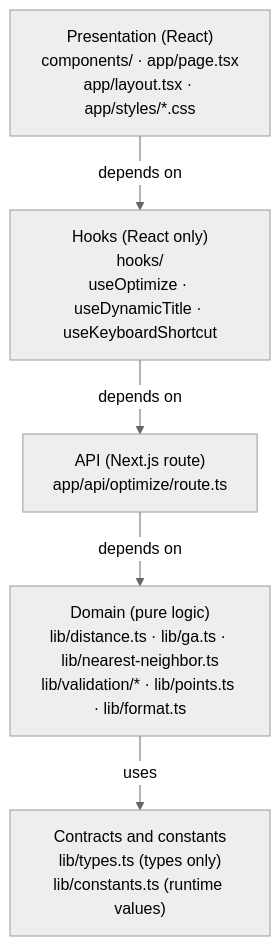
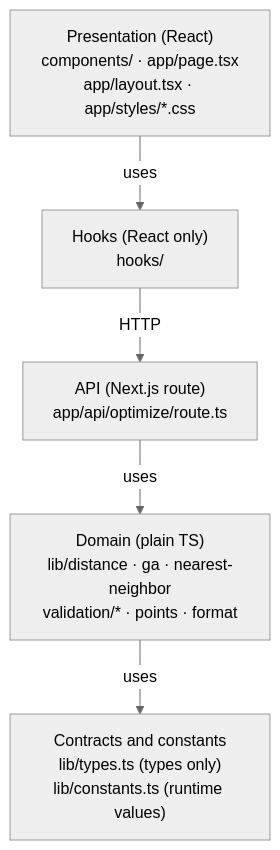
The second of 2 diagrams in ARCHITECTURE.md (alan-shabrandi/vrp-demo), drawn with Mermaid (neutral theme) before and after one commit. The commit also changed other lines of this file and 6 other files, not shown here.

````diff
--- a/ARCHITECTURE.md
+++ b/ARCHITECTURE.md
@@ -105,13 +79,13 @@
-``` mermaid
+```mermaid
 flowchart TB
     Presentation["Presentation (React)<br/>components/ · app/page.tsx<br/>app/layout.tsx · app/styles/*.css"]
-    Hooks["Hooks (React only)<br/>hooks/<br/>useOptimize · useDynamicTitle · useKeyboardShortcut"]
+    Hooks["Hooks (React only)<br/>hooks/"]
     API["API (Next.js route)<br/>app/api/optimize/route.ts"]
-    Domain["Domain (pure logic)<br/>lib/distance.ts · lib/ga.ts · lib/nearest-neighbor.ts<br/>lib/validation/* · lib/points.ts · lib/format.ts"]
+    Domain["Domain (plain TS)<br/>lib/distance · ga · nearest-neighbor<br/>validation/* · points · format"]
     Contracts["Contracts and constants<br/>lib/types.ts (types only)<br/>lib/constants.ts (runtime values)"]
 
-    Presentation -->|"depends on"| Hooks
-    Hooks -->|"depends on"| API
-    API -->|"depends on"| Domain
+    Presentation -->|"uses"| Hooks
+    Hooks -->|"HTTP"| API
+    API -->|"uses"| Domain
     Domain -->|"uses"| Contracts
 ```
````
